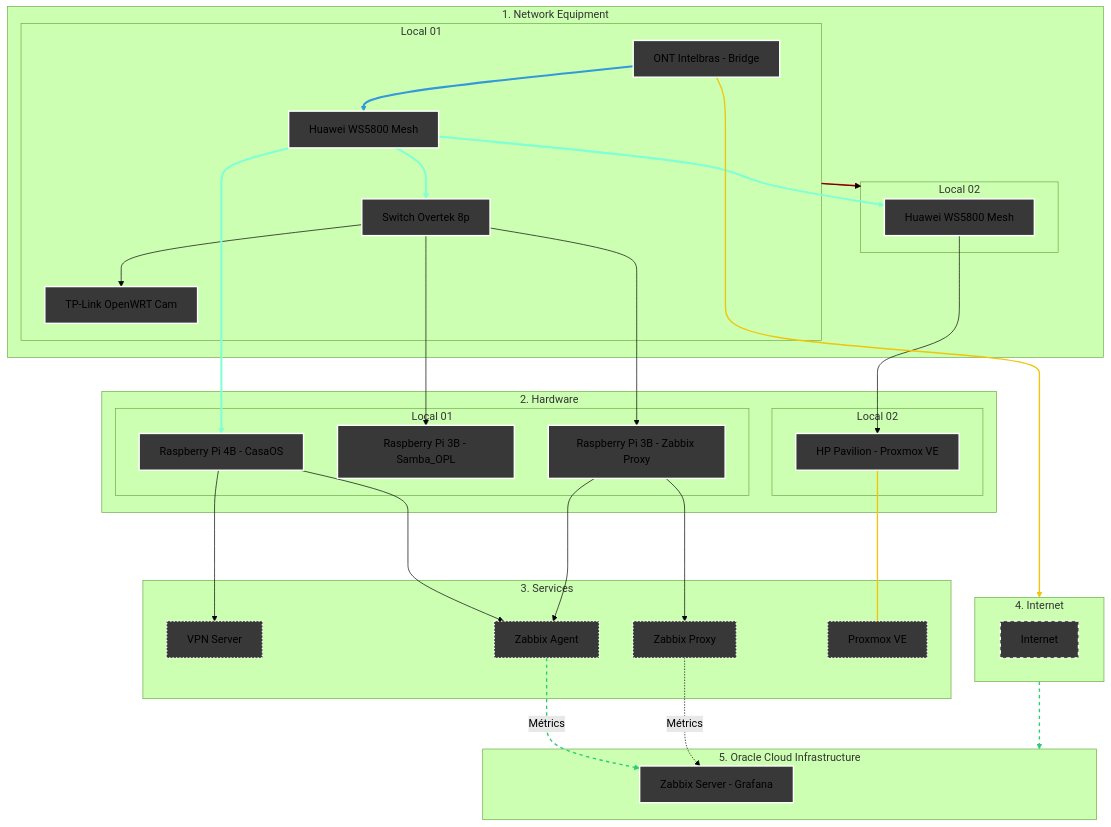
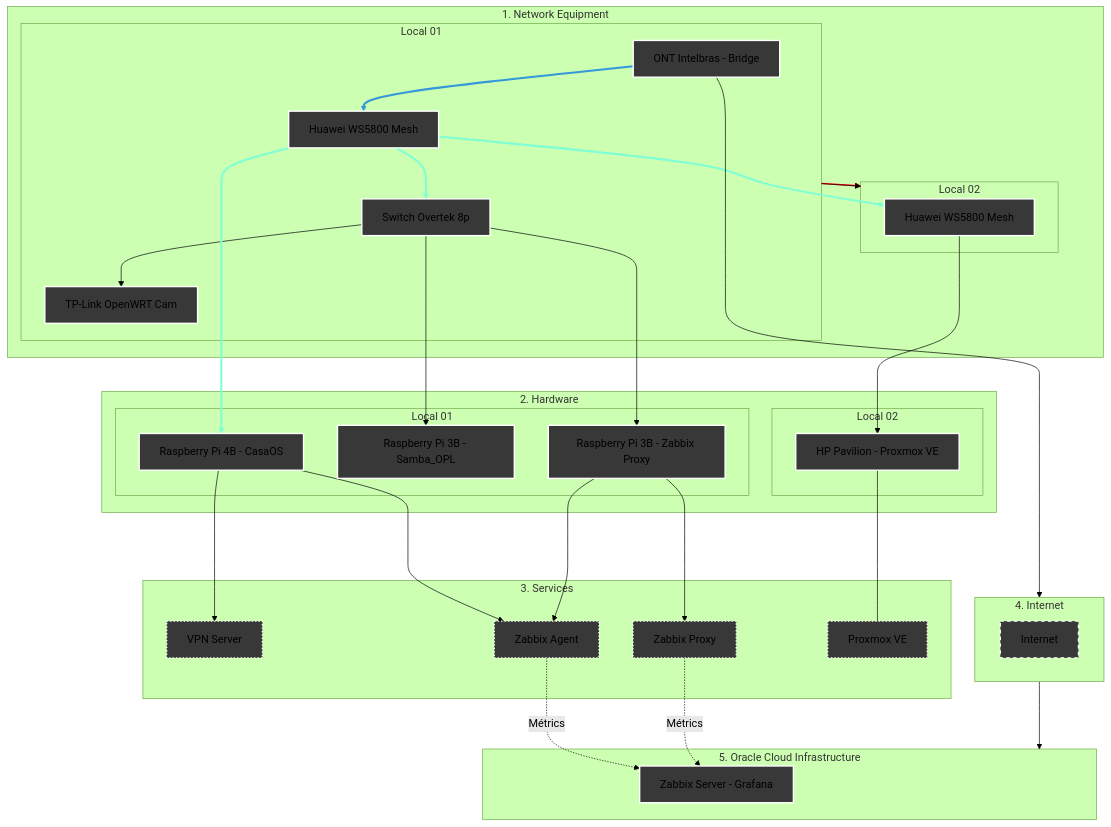
Before and after one commit to kevindexter22/Dr-Hardware-Autonet: the diagram in Infraestructure/README.md, drawn with Mermaid (forest theme).

````diff
--- a/Infraestructure/README.md
+++ b/Infraestructure/README.md
@@ -13,73 +13,71 @@
 ```mermaid
 graph TD
     %% Styles
     classDef network fill:#383838,stroke:#FFFFFF,stroke-width:2px;
     classDef hardware fill:#383838,stroke:#FFFFFF,stroke-width:2px;
     classDef internet fill:#383838,stroke:#FFFFFF,stroke-width:2px,stroke-dasharray: 5 5;
     classDef services fill:#383838,stroke:#FFFFFF,stroke-width:2px, stroke-dasharray: 2 3;
     classDef oci fill:#383838,stroke:#FFFFFF,stroke-width:2px;
 
     S1 --> S2
     
     %% Colorir a primeira linha (S1-->S2) de vermelho
     linkStyle 0 stroke:red,stroke-width:2px;
 
     %% 1. NETWORK EQUIPMENT
     subgraph Principal["1. Network Equipment"]
     subgraph S1 [Local 01]
         ONT[ONT Intelbras - Bridge]:::network --> R_Mesh1[Huawei WS5800 Mesh]:::network
         R_Mesh1 --> SW1[Switch Overtek 8p]:::network
         SW1 --> R_Cams[TP-Link OpenWRT Cam]:::network    
     end
     subgraph S2 [Local 02]
         R_Mesh1 --> R_Mesh2[Huawei WS5800 Mesh]:::network
     end
     S1 --> S2
     end
     
     %% 2. HARDWARE
     subgraph Principal02["2. Hardware"]
     subgraph S3 [Local 01]
         R_Mesh1 ---> RPi4B[Raspberry Pi 4B - CasaOS]:::hardware
         SW1 ---> RPi3B_1[Raspberry Pi 3B - Samba_OPL]:::hardware
         SW1 ---> RPi3B_2[Raspberry Pi 3B - Zabbix Proxy]:::hardware
     end
     subgraph S4 [Local 02]
         R_Mesh2 ---> HP[HP Pavilion - Proxmox VE]:::hardware
     end
     end
 
     %% 3. SERVICES     
     subgraph S5 [3. Services];
         RPi4B ---> VPN[VPN Server]:::services
         RPi4B ---> ZA[Zabbix Agent]:::services
         RPi3B_2 ---> ZA[Zabbix Agent]:::services
         RPi3B_2 ---> ZP[Zabbix Proxy]:::services
         HP --- PVE[Proxmox VE]:::services        
     end
 
     %% 4. Internet (The Bridge)
     subgraph S6 [4. Internet]
            internet[Internet]:::internet
     end
 
     %% 5. Oracle Cloud Infrastructure
     subgraph S7 [5. Oracle Cloud Infrastructure]
         ZS[Zabbix Server - Grafana]:::oci
     end
 
     %% Conections of data flow
     ONT --> S6
     S6 --> S7
     
     %% Logical conections
     ZA -.-> |Métrics| ZS
     ZP -.-> |Métrics| ZS 
 
     %% --- Set collor on conections ---
     
     linkStyle 1 stroke:#3498db,stroke-width:3px;
     linkStyle 2,4,6 stroke:#7FFFD4,stroke-width:3px;
-    linkStyle 14,15 stroke:#f1c40f,stroke-width:2px;
-    linkStyle 16,17 stroke:#2ecc71,stroke-width:2px,stroke-dasharray: 5 5;
 ```
````
